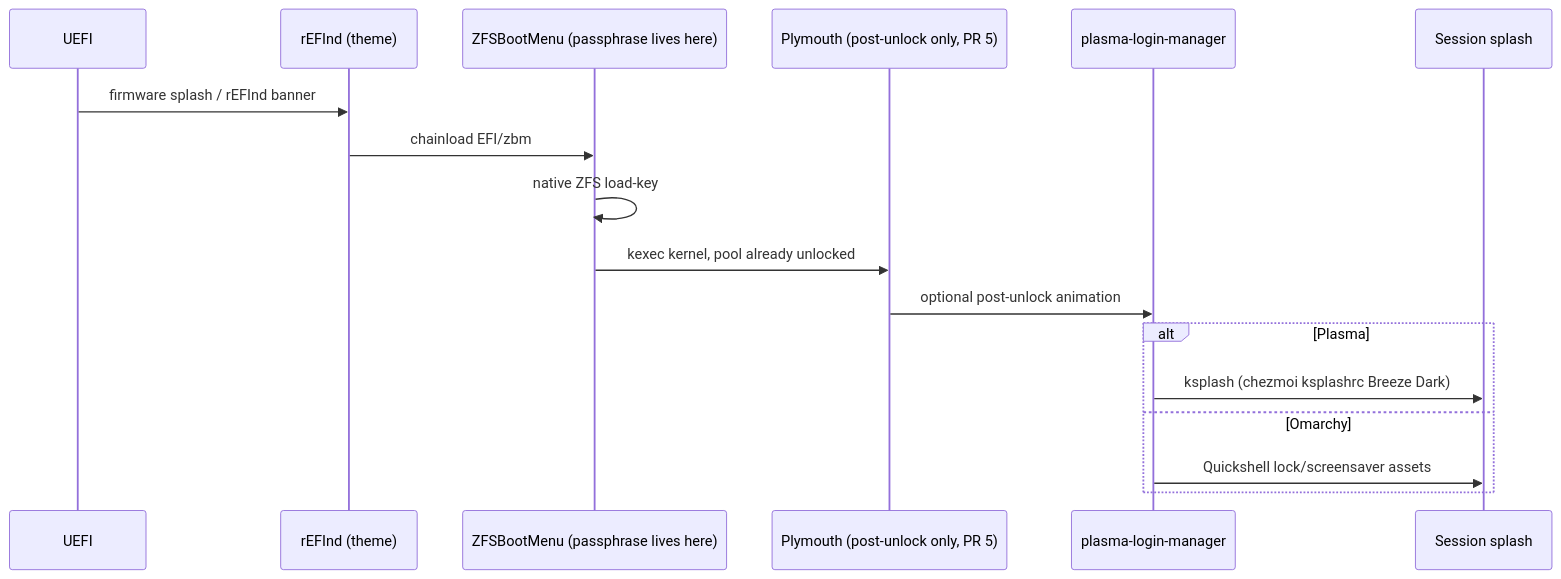
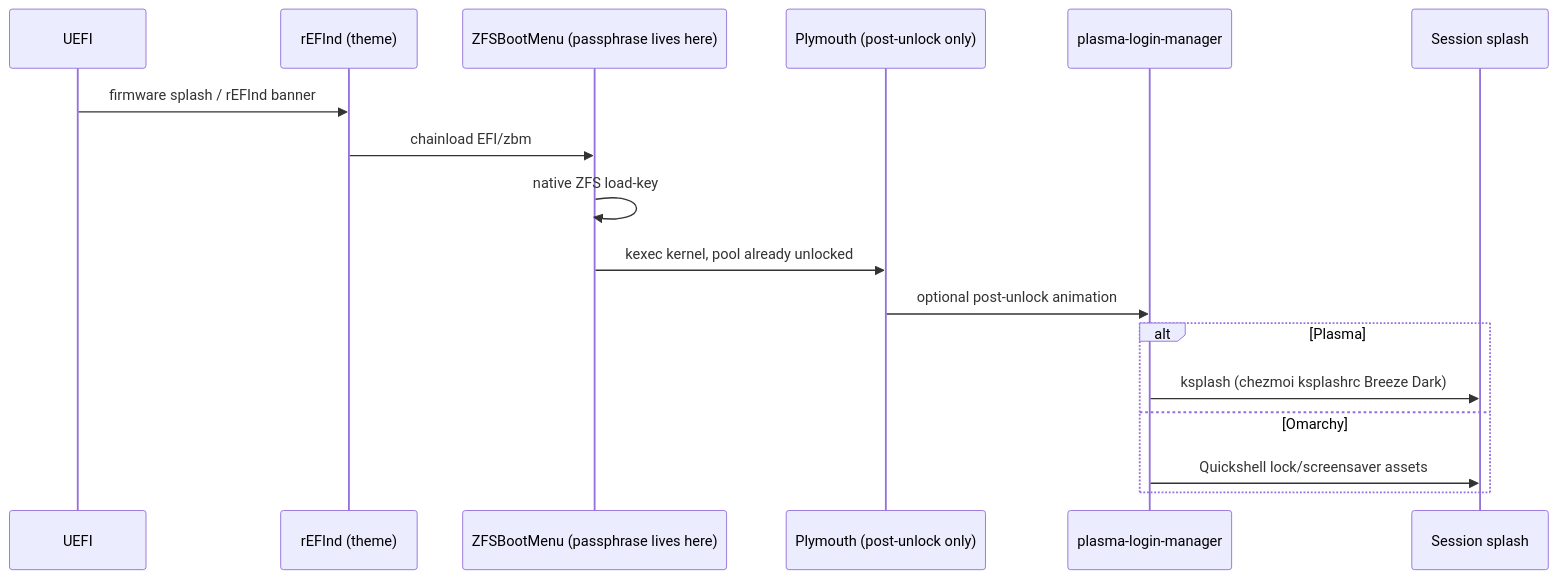
The third of 3 diagrams in docs/monarchy.md (dieuwedeboer/dotfiles), drawn with Mermaid before and after one commit. The commit also changed other lines of this file and 13 other files, not shown here.

````diff
--- a/docs/monarchy.md
+++ b/docs/monarchy.md
@@ -524,19 +523,19 @@
 ```mermaid
 sequenceDiagram
   participant FW as UEFI
   participant R as rEFInd (theme)
   participant Z as ZFSBootMenu (passphrase lives here)
-  participant P as Plymouth (post-unlock only, PR 5)
+  participant P as Plymouth (post-unlock only)
   participant G as plasma-login-manager
   participant S as Session splash
   FW->>R: firmware splash / rEFInd banner
   R->>Z: chainload EFI/zbm
   Z->>Z: native ZFS load-key
   Z->>P: kexec kernel, pool already unlocked
   P->>G: optional post-unlock animation
   alt Plasma
     G->>S: ksplash (chezmoi ksplashrc Breeze Dark)
   else Omarchy
     G->>S: Quickshell lock/screensaver assets
   end
 ```
````
